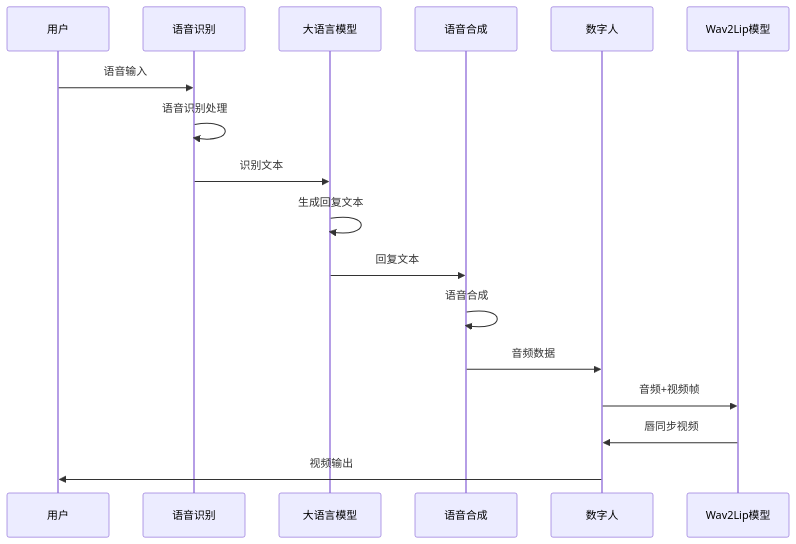
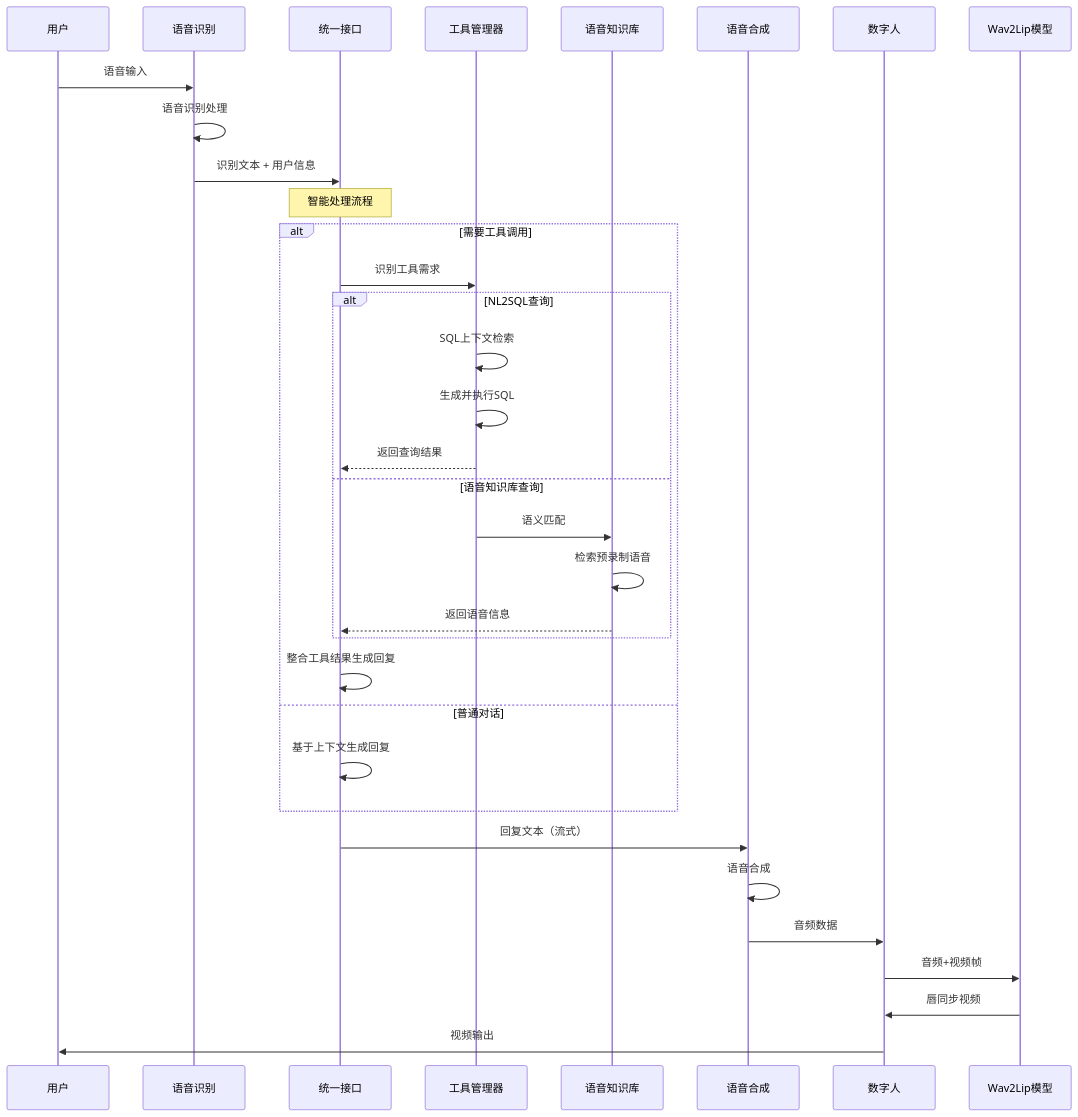
One commit to eogee/any4any changed the second of 4 diagrams in docs/zh/any4dh系统说明文档.md. Above: the diagram before and after it, drawn with Mermaid. The commit also changed other lines of this file and 10 other files, not shown here.

````diff
--- a/docs/zh/any4dh系统说明文档.md
+++ b/docs/zh/any4dh系统说明文档.md
@@ -59,20 +76,39 @@
 ```mermaid
 sequenceDiagram
     participant User as 用户
     participant ASR as 语音识别
-    participant LLM as 大语言模型
+    participant UnifiedInterface as 统一接口
+    participant ToolManager as 工具管理器
+    participant VoiceKB as 语音知识库
     participant TTS as 语音合成
     participant DigitalHuman as 数字人
     participant Wav2Lip as Wav2Lip模型
 
     User->>ASR: 语音输入
     ASR->>ASR: 语音识别处理
-    ASR->>LLM: 识别文本
-    LLM->>LLM: 生成回复文本
-    LLM->>TTS: 回复文本
+    ASR->>UnifiedInterface: 识别文本 + 用户信息
+
+    Note over UnifiedInterface: 智能处理流程
+    alt 需要工具调用
+        UnifiedInterface->>ToolManager: 识别工具需求
+        alt NL2SQL查询
+            ToolManager->>ToolManager: SQL上下文检索
+            ToolManager->>ToolManager: 生成并执行SQL
+            ToolManager-->>UnifiedInterface: 返回查询结果
+        else 语音知识库查询
+            ToolManager->>VoiceKB: 语义匹配
+            VoiceKB->>VoiceKB: 检索预录制语音
+            VoiceKB-->>UnifiedInterface: 返回语音信息
+        end
+        UnifiedInterface->>UnifiedInterface: 整合工具结果生成回复
+    else 普通对话
+        UnifiedInterface->>UnifiedInterface: 基于上下文生成回复
+    end
+
+    UnifiedInterface->>TTS: 回复文本（流式）
     TTS->>TTS: 语音合成
     TTS->>DigitalHuman: 音频数据
     DigitalHuman->>Wav2Lip: 音频+视频帧
     Wav2Lip->>DigitalHuman: 唇同步视频
     DigitalHuman->>User: 视频输出
 ```
````
